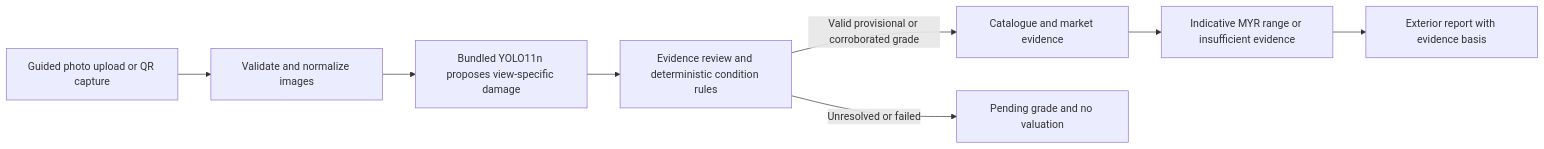
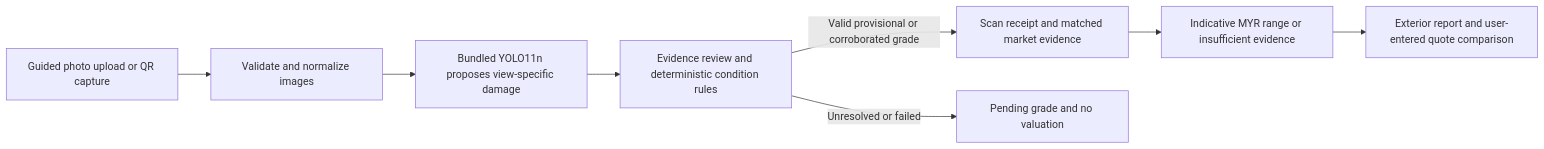
One commit to YANKEY-CODE/ReValue-AI changed the diagram in fyp/METHODOLOGY.md. Above: the diagram before and after it, drawn with Mermaid. The commit also changed other lines of this file and 19 other files, not shown here.

````diff
--- a/fyp/METHODOLOGY.md
+++ b/fyp/METHODOLOGY.md
@@ -7,10 +7,10 @@
 ```mermaid
 flowchart LR
     A[Guided photo upload or QR capture] --> B[Validate and normalize images]
     B --> C[Bundled YOLO11n proposes view-specific damage]
     C --> D[Evidence review and deterministic condition rules]
-    D -->|Valid provisional or corroborated grade| E[Catalogue and market evidence]
+    D -->|Valid provisional or corroborated grade| E[Scan receipt and matched market evidence]
     D -->|Unresolved or failed| F[Pending grade and no valuation]
     E --> G[Indicative MYR range or insufficient evidence]
-    G --> H[Exterior report with evidence basis]
+    G --> H[Exterior report and user-entered quote comparison]
 ```
````
